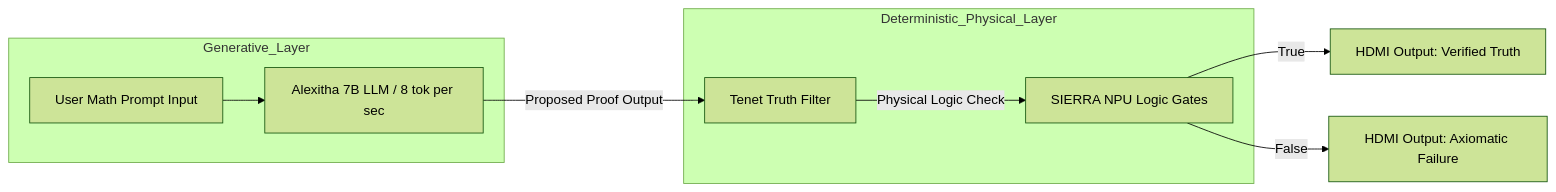
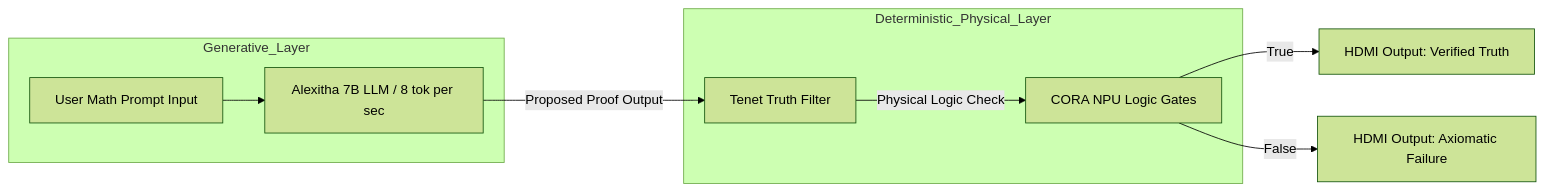
One commit to fawazishola/CORA changed the third of 3 diagrams in docs/CORA_ARCHITECTURAL_DIAGRAMS.md. Above: the diagram before and after it, drawn with Mermaid (forest theme). The commit also changed 21 other files, not shown here.

````diff
--- a/docs/CORA_ARCHITECTURAL_DIAGRAMS.md
+++ b/docs/CORA_ARCHITECTURAL_DIAGRAMS.md
@@ -72,18 +72,18 @@
 ```mermaid
 graph LR
     subgraph Generative_Layer
         PROMPT[User Math Prompt Input]
         ALEXITHA[Alexitha 7B LLM / 8 tok per sec]
         PROMPT --> ALEXITHA
     end
 
     subgraph Deterministic_Physical_Layer
         TENET[Tenet Truth Filter]
-        FPGA[SIERRA NPU Logic Gates]
+        FPGA[CORA NPU Logic Gates]
         ALEXITHA -->|Proposed Proof Output| TENET
         TENET -->|Physical Logic Check| FPGA
     end
 
     FPGA -->|True| VERIFIED[HDMI Output: Verified Truth]
     FPGA -->|False| HALT[HDMI Output: Axiomatic Failure]
 ```
````
